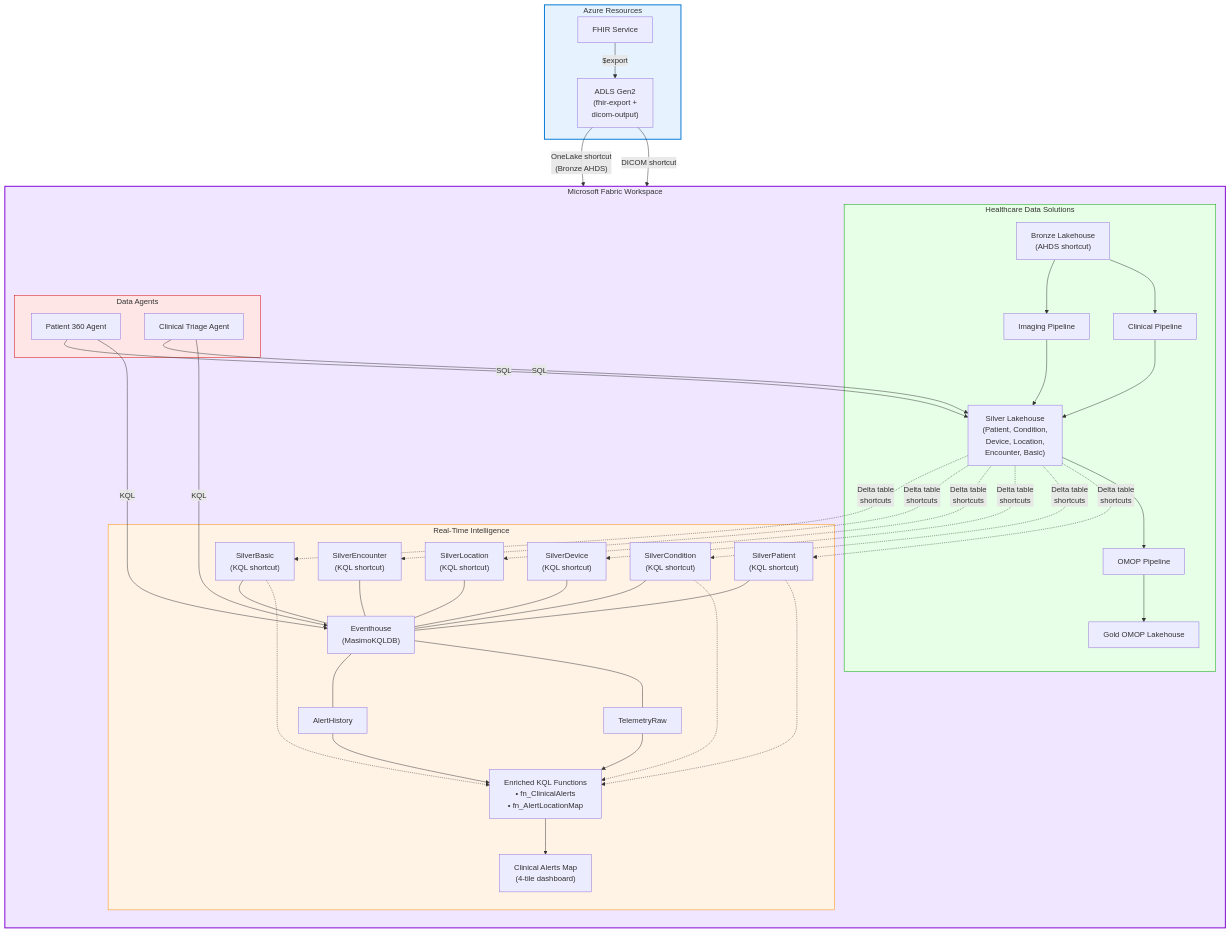
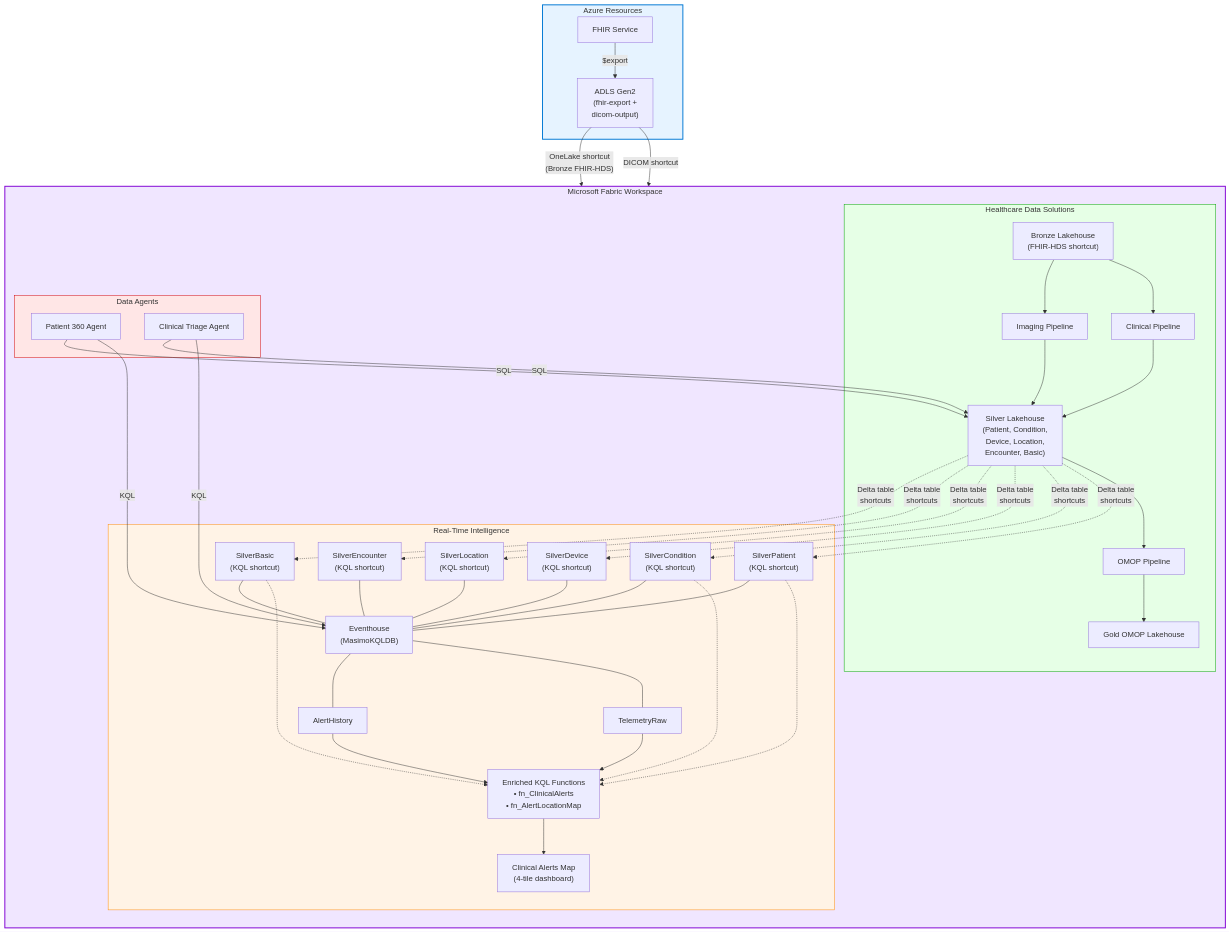
The first of 2 diagrams in docs/phase-2-hds-enrichment-and-agents.md (kfprugger/med-device-fabric-emulator), drawn with Mermaid before and after one commit. The commit also changed other lines of this file and 2 other files, not shown here.

Commit message:
fix: update shortcut naming from AHDS to FHIR-HDS in deployment scripts and documentation

````diff
--- a/docs/phase-2-hds-enrichment-and-agents.md
+++ b/docs/phase-2-hds-enrichment-and-agents.md
@@ -13,66 +13,66 @@
 ```mermaid
 flowchart TB
     subgraph AZ["Azure Resources"]
         ADLS["ADLS Gen2\n(fhir-export +\ndicom-output)"]
         FHIR["FHIR Service"]
     end
 
     subgraph FAB["Microsoft Fabric Workspace"]
         direction TB
 
         subgraph RTI["Real-Time Intelligence"]
             EVH["Eventhouse\n(MasimoKQLDB)"]
             TR["TelemetryRaw"]
             AH["AlertHistory"]
             SC_P["SilverPatient\n(KQL shortcut)"]
             SC_C["SilverCondition\n(KQL shortcut)"]
             SC_D["SilverDevice\n(KQL shortcut)"]
             SC_L["SilverLocation\n(KQL shortcut)"]
             SC_E["SilverEncounter\n(KQL shortcut)"]
             SC_B["SilverBasic\n(KQL shortcut)"]
             FN["Enriched KQL Functions\n• fn_ClinicalAlerts\n• fn_AlertLocationMap"]
             MAP["Clinical Alerts Map\n(4-tile dashboard)"]
         end
 
         subgraph HDS["Healthcare Data Solutions"]
-            BZ["Bronze Lakehouse\n(AHDS shortcut)"]
+            BZ["Bronze Lakehouse\n(FHIR-HDS shortcut)"]
             SLV["Silver Lakehouse\n(Patient, Condition,\nDevice, Location,\nEncounter, Basic)"]
             PIPE_C["Clinical Pipeline"]
             PIPE_I["Imaging Pipeline"]
             PIPE_O["OMOP Pipeline"]
             GOLD["Gold OMOP Lakehouse"]
         end
 
         subgraph AGENTS["Data Agents"]
             P360["Patient 360 Agent"]
             TRIAGE["Clinical Triage Agent"]
         end
     end
 
     FHIR -->|"$export"| ADLS
-    ADLS -->|"OneLake shortcut\n(Bronze AHDS)"| BZ
+    ADLS -->|"OneLake shortcut\n(Bronze FHIR-HDS)"| BZ
     BZ --> PIPE_C --> SLV
     ADLS -->|"DICOM shortcut"| BZ
     BZ --> PIPE_I --> SLV
     SLV --> PIPE_O --> GOLD
 
     SLV -.->|"Delta table\nshortcuts"| SC_P & SC_C & SC_D & SC_L & SC_E & SC_B
     TR --> FN
     AH --> FN
     SC_P & SC_C & SC_B -.-> FN
     FN --> MAP
 
     EVH --- TR & AH
     SC_P & SC_C & SC_D & SC_L & SC_E & SC_B --- EVH
 
     P360 -->|KQL| EVH
     P360 -->|SQL| SLV
     TRIAGE -->|KQL| EVH
     TRIAGE -->|SQL| SLV
 
     style AZ fill:#e6f3ff,stroke:#0078d4,stroke-width:2px
     style FAB fill:#f0e6ff,stroke:#8000d4,stroke-width:2px
     style RTI fill:#fff3e6,stroke:#ff8c00
     style HDS fill:#e6ffe6,stroke:#00a000
     style AGENTS fill:#ffe6e6,stroke:#d40000
 ```
````
